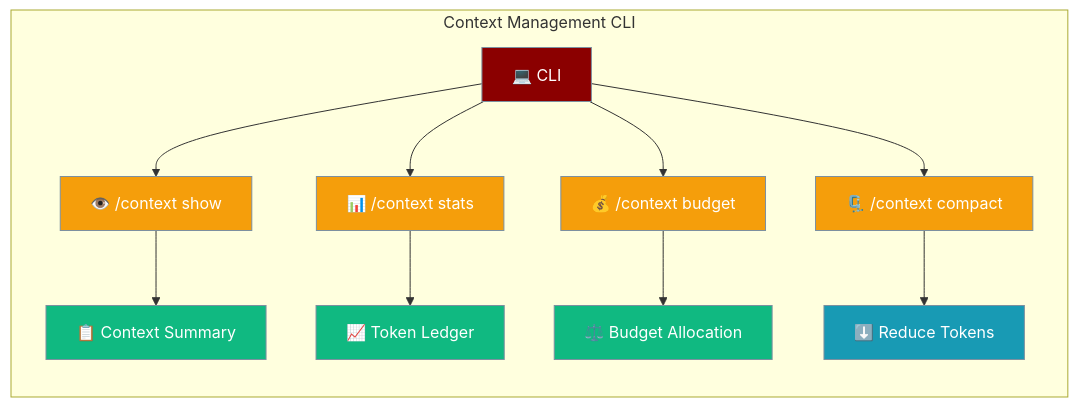
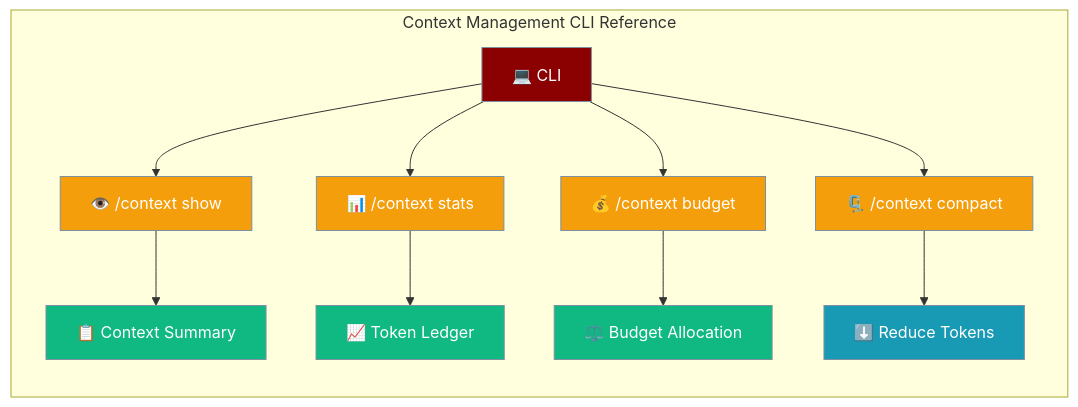
The first of 2 diagrams in docs/features/context-cli-reference.mdx (MervinPraison/PraisonAIDocs), drawn with Mermaid before and after one commit. The commit also changed other lines of this file and 45 other files, not shown here.

First line of the commit message:
docs: fix truncated Mermaid diagram feature names (22-char cutoff)

````diff
--- a/docs/features/context-cli-reference.mdx
+++ b/docs/features/context-cli-reference.mdx
@@ -20,25 +20,25 @@
 ```mermaid
 graph LR
-    subgraph "Context Management CLI"
+    subgraph "Context Management CLI Reference"
         CLI[💻 CLI] --> Show[👁️ /context show]
         CLI --> Stats[📊 /context stats]
         CLI --> Budget[💰 /context budget]
         CLI --> Compact[🗜️ /context compact]
         Show --> Summary[📋 Context Summary]
         Stats --> Ledger[📈 Token Ledger]
         Budget --> Allocation[⚖️ Budget Allocation]
         Compact --> Reduce[⬇️ Reduce Tokens]
     end
 
     classDef cli fill:#8B0000,stroke:#7C90A0,color:#fff
     classDef command fill:#F59E0B,stroke:#7C90A0,color:#fff
     classDef result fill:#10B981,stroke:#7C90A0,color:#fff
     classDef action fill:#189AB4,stroke:#7C90A0,color:#fff
 
     classDef agent fill:#8B0000,color:#fff
     classDef tool fill:#189AB4,color:#fff
     class CLI cli
     class Show,Stats,Budget,Compact command
     class Summary,Ledger,Allocation result
     class Reduce action
 ```
````
